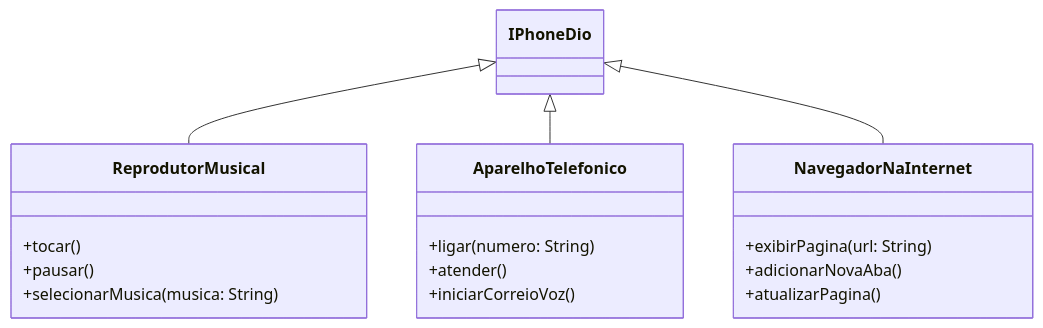
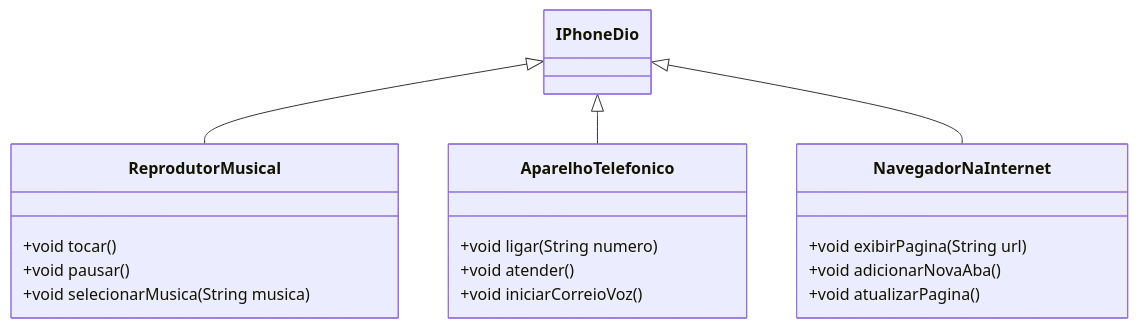
One commit to anyblueangel3/IPhone-Dio changed the diagram in README.md. Above: the diagram before and after it, drawn with Mermaid. The commit also changed 5 other files, not shown here.

````diff
--- a/README.md
+++ b/README.md
@@ -3,27 +3,27 @@
 ```mermaid
 classDiagram
     class IPhoneDio {
     }
 
     class ReprodutorMusical {
-        +tocar()
-        +pausar()
-        +selecionarMusica(musica: String)
+        +void tocar()
+        +void pausar()
+        +void selecionarMusica(String musica)
     }
 
     class AparelhoTelefonico {
-        +ligar(numero: String)
-        +atender()
-        +iniciarCorreioVoz()
+        +void ligar(String numero)
+        +void atender()
+        +void iniciarCorreioVoz()
     }
 
     class NavegadorNaInternet {
-        +exibirPagina(url: String)
-        +adicionarNovaAba()
-        +atualizarPagina()
+        +void exibirPagina(String url)
+        +void adicionarNovaAba()
+        +void atualizarPagina()
     }
 
     IPhoneDio <|-- ReprodutorMusical
     IPhoneDio <|-- AparelhoTelefonico
     IPhoneDio <|-- NavegadorNaInternet
 ```
````
